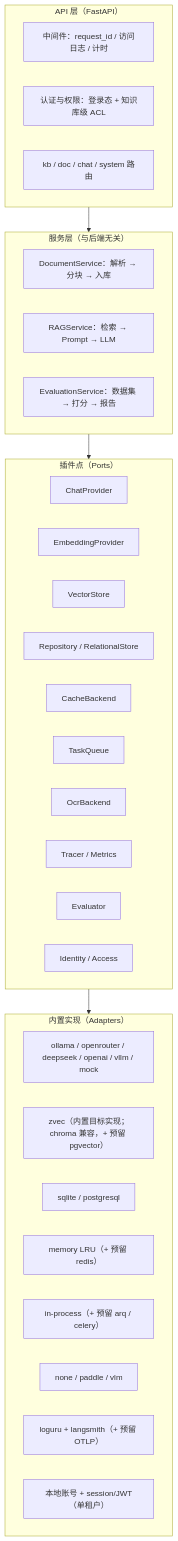
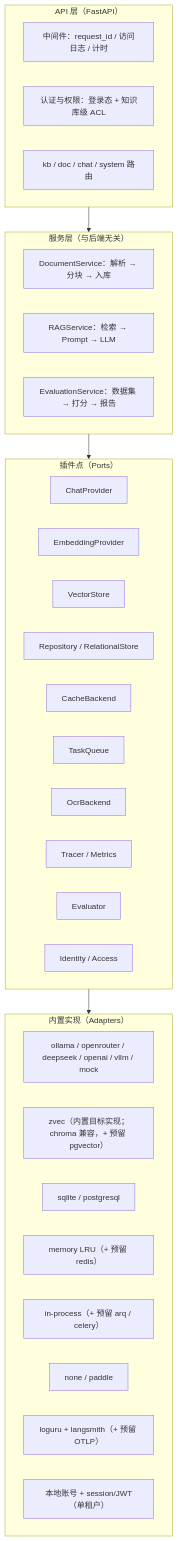
The diagram in docs/DEVELOPMENT_PLAN.md (jackieismpc/inner-rag), drawn with Mermaid before and after one commit. The commit also changed other lines of this file and 8 other files, not shown here.

````diff
--- a/docs/DEVELOPMENT_PLAN.md
+++ b/docs/DEVELOPMENT_PLAN.md
@@ -80,36 +80,36 @@
 ```mermaid
 flowchart TB
     subgraph API["API 层（FastAPI）"]
         MW["中间件：request_id / 访问日志 / 计时"]
         AUTH["认证与权限：登录态 + 知识库级 ACL"]
         R1["kb / doc / chat / system 路由"]
     end
     subgraph SVC["服务层（与后端无关）"]
         DOCS["DocumentService：解析 → 分块 → 入库"]
         RAGS["RAGService：检索 → Prompt → LLM"]
         EVAL["EvaluationService：数据集 → 打分 → 报告"]
     end
     subgraph PORTS["插件点（Ports）"]
         P1["ChatProvider"]
         P2["EmbeddingProvider"]
         P3["VectorStore"]
         P4["Repository / RelationalStore"]
         P5["CacheBackend"]
         P6["TaskQueue"]
         P7["OcrBackend"]
         P8["Tracer / Metrics"]
         P9["Evaluator"]
         P10["Identity / Access"]
     end
     subgraph IMPL["内置实现（Adapters）"]
         A1["ollama / openrouter / deepseek / openai / vllm / mock"]
         A2["zvec（内置目标实现；chroma 兼容，+ 预留 pgvector）"]
         A3["sqlite / postgresql"]
         A4["memory LRU（+ 预留 redis）"]
         A5["in-process（+ 预留 arq / celery）"]
-        A6["none / paddle / vlm"]
+        A6["none / paddle"]
         A7["loguru + langsmith（+ 预留 OTLP）"]
         A8["本地账号 + session/JWT（单租户）"]
     end
     API --> SVC --> PORTS --> IMPL
 ```
````
